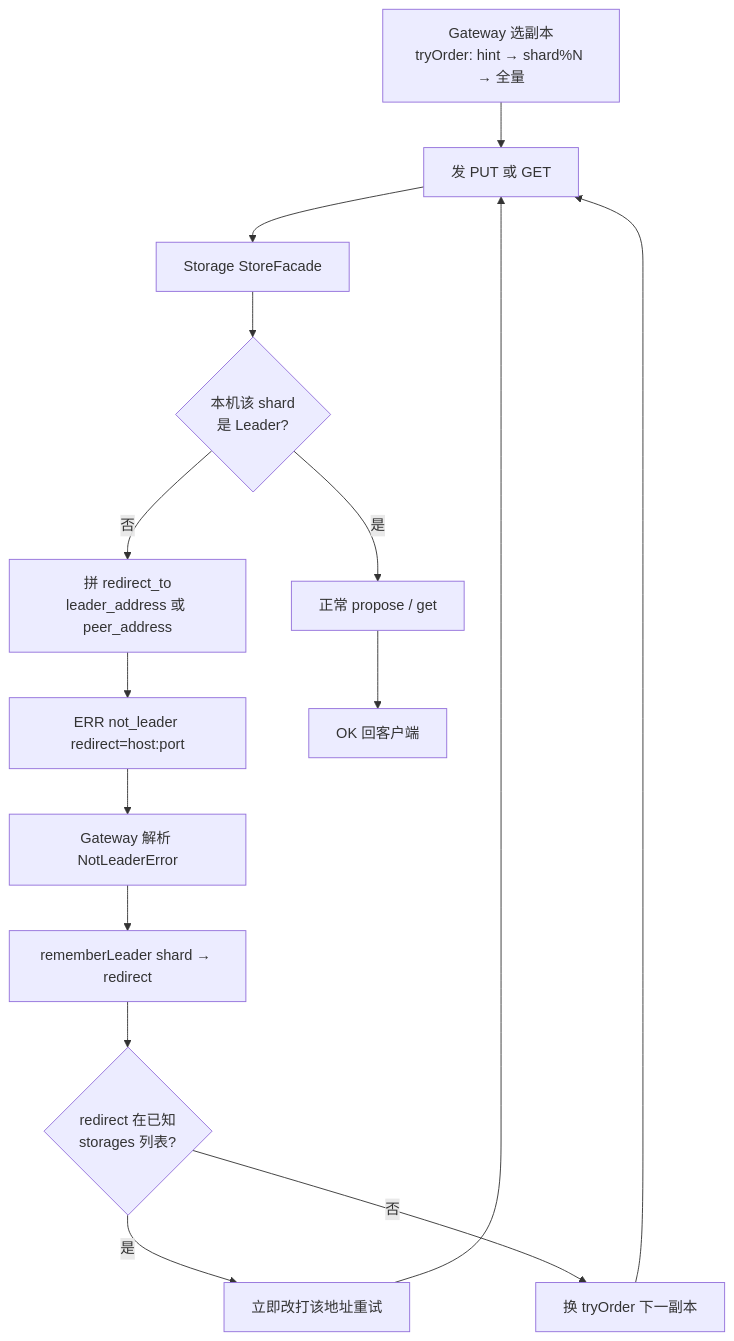
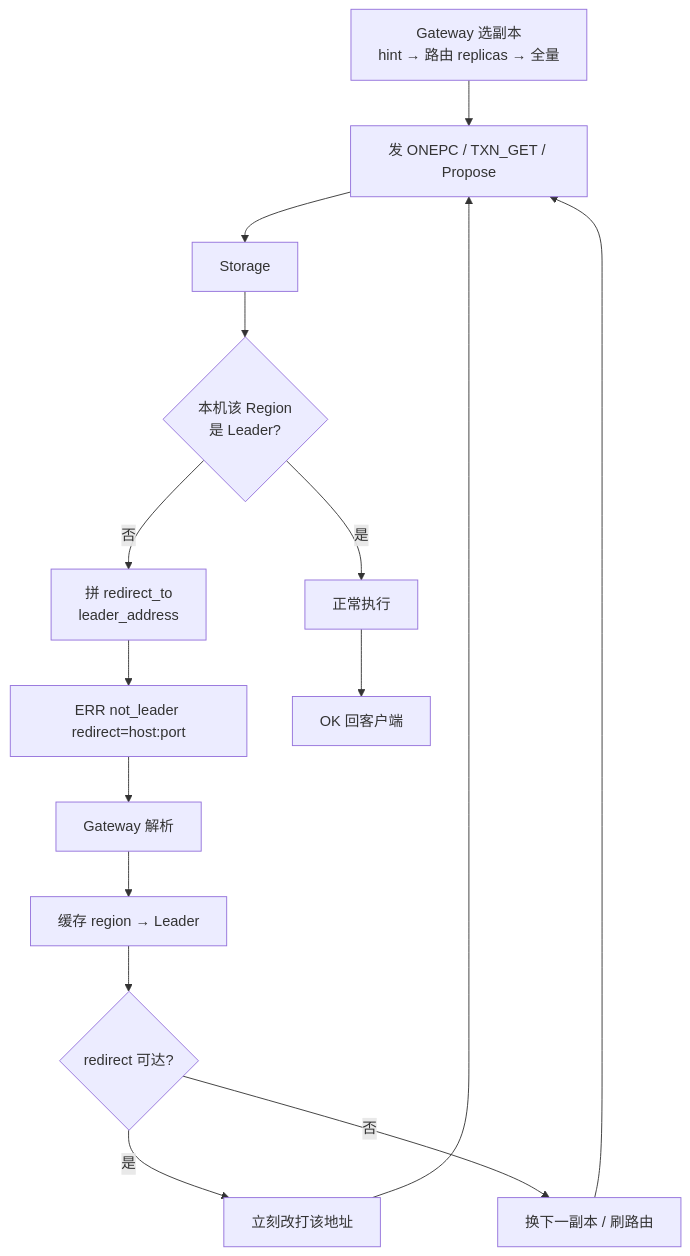
One commit to devotionalist/openkv changed the first of 2 diagrams in docs/flows/08-not-leader-redirect.md. Above: the diagram before and after it, drawn with Mermaid. The commit also changed other lines of this file and 167 other files, not shown here.

````diff
--- a/docs/flows/08-not-leader-redirect.md
+++ b/docs/flows/08-not-leader-redirect.md
@@ -9,17 +9,17 @@
 ```mermaid
 flowchart TD
-  A[Gateway 选副本<br/>tryOrder: hint → shard%N → 全量] --> B[发 PUT 或 GET]
-  B --> C[Storage StoreFacade]
-  C --> D{本机该 shard<br/>是 Leader?}
-  D -->|是| E[正常 propose / get]
-  D -->|否| F[拼 redirect_to<br/>leader_address 或 peer_address]
+  A[Gateway 选副本<br/>hint → 路由 replicas → 全量] --> B[发 ONEPC / TXN_GET / Propose]
+  B --> C[Storage]
+  C --> D{本机该 Region<br/>是 Leader?}
+  D -->|是| E[正常执行]
+  D -->|否| F[拼 redirect_to<br/>leader_address]
   F --> G[ERR not_leader redirect=host:port]
-  G --> H[Gateway 解析 NotLeaderError]
-  H --> I[rememberLeader shard → redirect]
-  I --> J{redirect 在已知<br/>storages 列表?}
-  J -->|是| K[立即改打该地址重试]
-  J -->|否| L[换 tryOrder 下一副本]
+  G --> H[Gateway 解析]
+  H --> I[缓存 region → Leader]
+  I --> J{redirect 可达?}
+  J -->|是| K[立刻改打该地址]
+  J -->|否| L[换下一副本 / 刷路由]
   K --> B
   L --> B
   E --> M[OK 回客户端]
 ```
````
